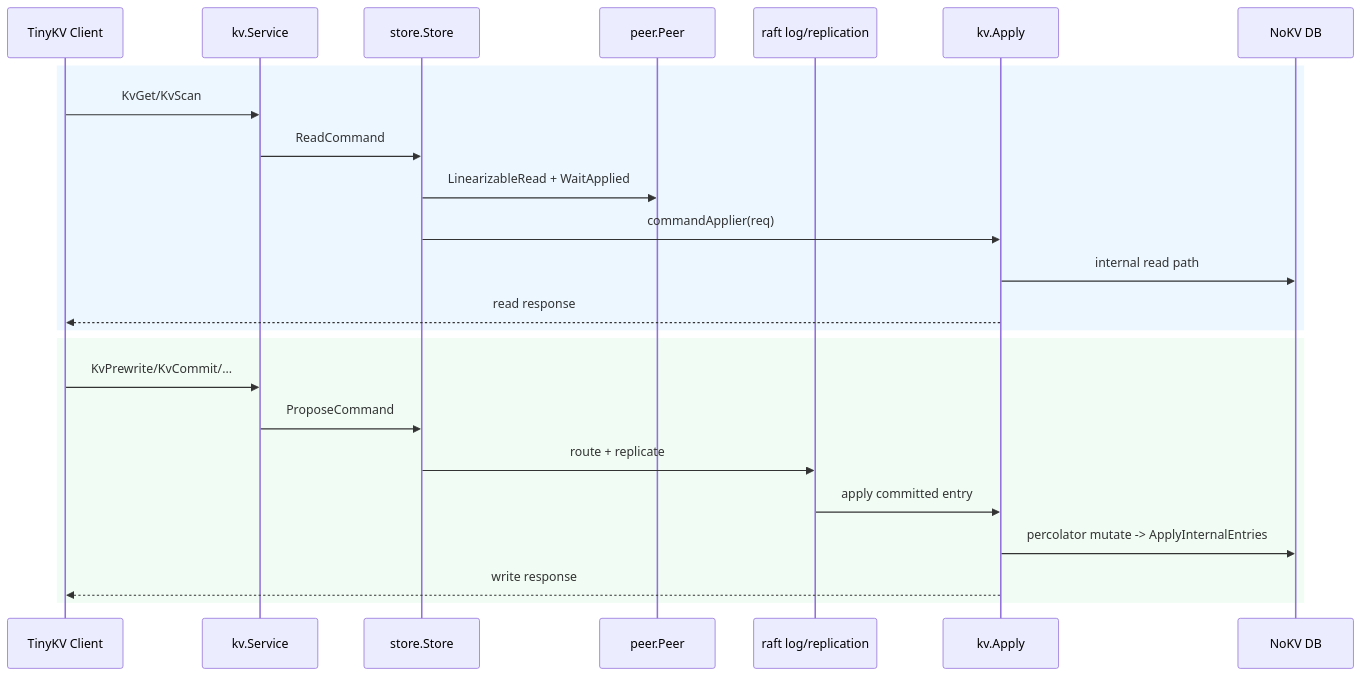
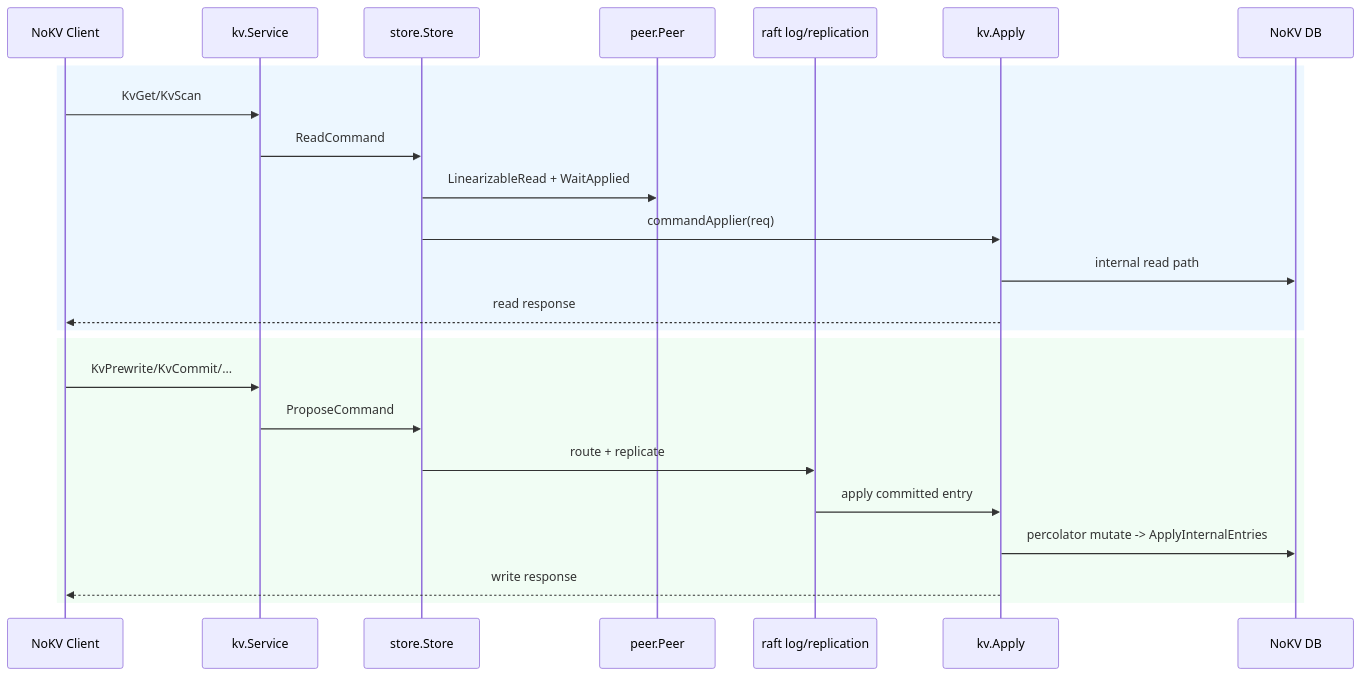
Before and after one commit to feichai0017/NoKV: the diagram in docs/raftstore.md, drawn with Mermaid. The commit also changed other lines of this file and 29 other files, not shown here.

````diff
--- a/docs/raftstore.md
+++ b/docs/raftstore.md
@@ -61,28 +61,28 @@
 ```mermaid
 sequenceDiagram
-    participant C as TinyKV Client
+    participant C as NoKV Client
     participant SVC as kv.Service
     participant ST as store.Store
     participant PR as peer.Peer
     participant RF as raft log/replication
     participant AP as kv.Apply
     participant DB as NoKV DB
 
     rect rgb(237, 247, 255)
       C->>SVC: KvGet/KvScan
       SVC->>ST: ReadCommand
       ST->>PR: LinearizableRead + WaitApplied
       ST->>AP: commandApplier(req)
       AP->>DB: internal read path
       AP-->>C: read response
     end
 
     rect rgb(241, 253, 244)
       C->>SVC: KvPrewrite/KvCommit/...
       SVC->>ST: ProposeCommand
       ST->>RF: route + replicate
       RF->>AP: apply committed entry
       AP->>DB: percolator mutate -> ApplyInternalEntries
       AP-->>C: write response
     end
 ```
````
